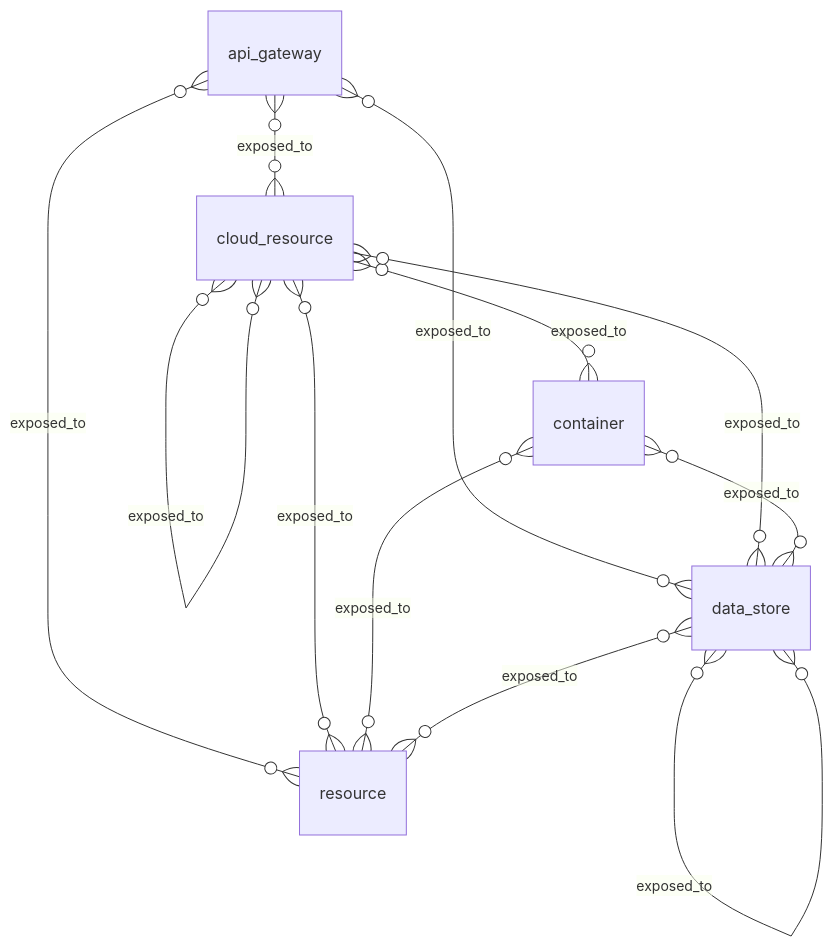
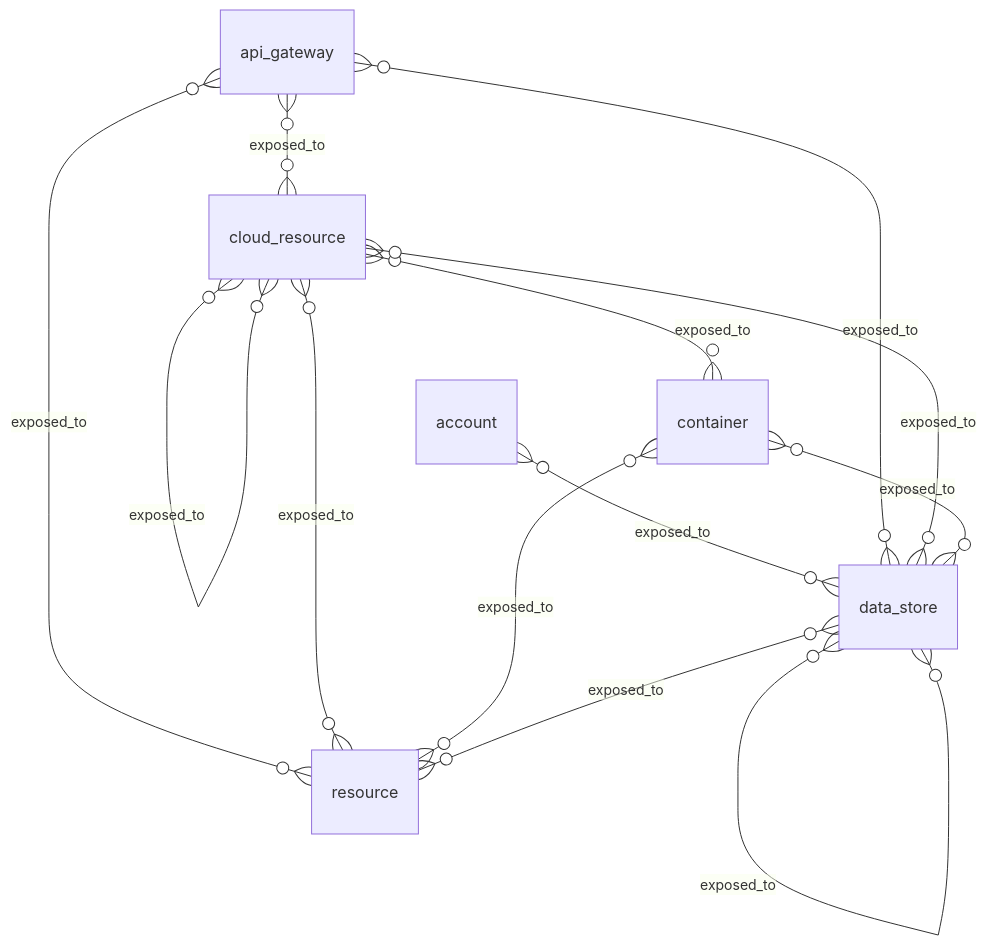
The diagram in docs/graph/data-model/domains/cloud.md (koda-ai-studio/agent-bom), drawn with Mermaid before and after one commit. The commit also changed other lines of this file and 29 other files, not shown here.

First line of the commit message:
feat(graph): scope layer and backend column order; reference capture serves the receipt's attack paths (#6376)

````diff
--- a/docs/graph/data-model/domains/cloud.md
+++ b/docs/graph/data-model/domains/cloud.md
@@ -28,14 +30,15 @@
 ```mermaid
 erDiagram
+  account }o--o{ data_store : "exposed_to"
   api_gateway }o--o{ cloud_resource : "exposed_to"
   api_gateway }o--o{ data_store : "exposed_to"
   api_gateway }o--o{ resource : "exposed_to"
   cloud_resource }o--o{ cloud_resource : "exposed_to"
   cloud_resource }o--o{ container : "exposed_to"
   cloud_resource }o--o{ data_store : "exposed_to"
   cloud_resource }o--o{ resource : "exposed_to"
   container }o--o{ data_store : "exposed_to"
   container }o--o{ resource : "exposed_to"
   data_store }o--o{ data_store : "exposed_to"
   data_store }o--o{ resource : "exposed_to"
 ```
````
